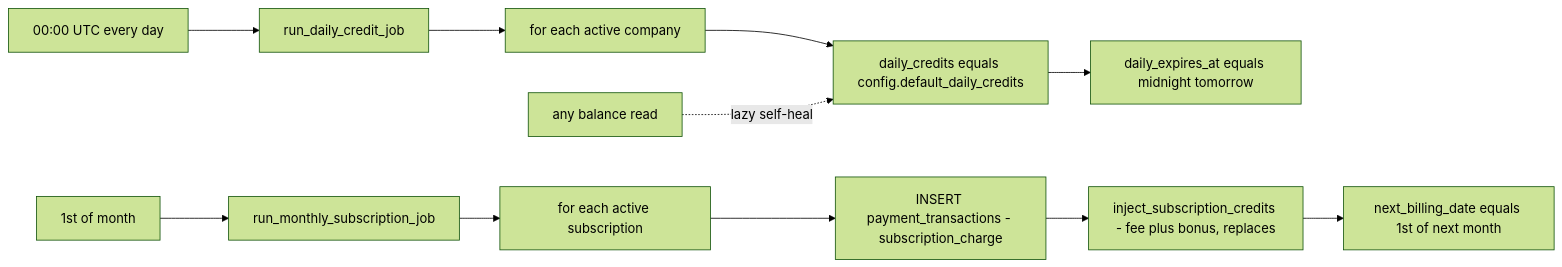
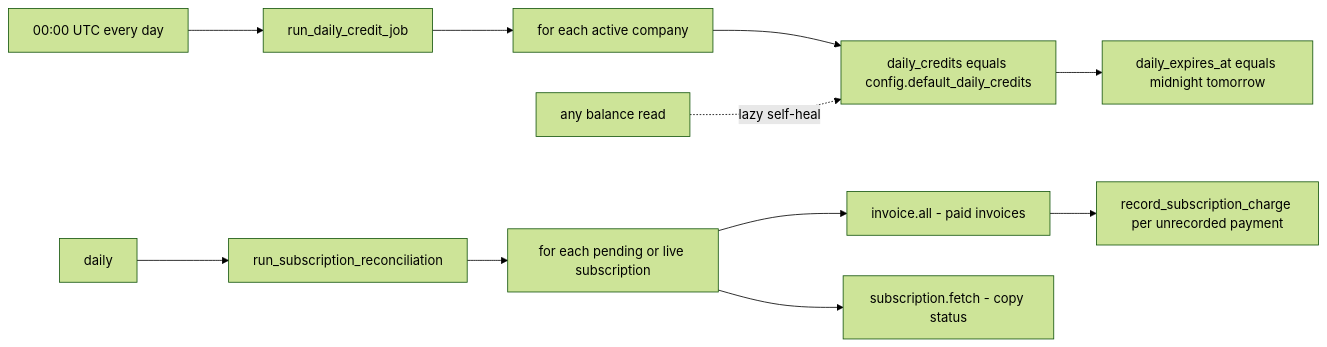
One commit to gondolerahul/hire-buddha-app changed diagram 21 of 25 in docs/current/14-billing-and-credits.md. Above: the diagram before and after it, drawn with Mermaid (forest theme). The commit also changed other lines of this file and 10 other files, not shown here.

````diff
--- a/docs/current/14-billing-and-credits.md
+++ b/docs/current/14-billing-and-credits.md
@@ -1149,15 +1194,15 @@
 ```mermaid
 flowchart LR
     T0["00:00 UTC every day"] --> D["run_daily_credit_job"]
     D --> D1["for each active company"]
     D1 --> D2["daily_credits equals config.default_daily_credits"]
     D2 --> D3["daily_expires_at equals midnight tomorrow"]
 
-    T1["1st of month"] --> M["run_monthly_subscription_job"]
-    M --> M1["for each active subscription"]
-    M1 --> M2["INSERT payment_transactions - subscription_charge"]
-    M2 --> M3["inject_subscription_credits - fee plus bonus, replaces"]
-    M3 --> M4["next_billing_date equals 1st of next month"]
+    T1["daily"] --> M["run_subscription_reconciliation"]
+    M --> M1["for each pending or live subscription"]
+    M1 --> M2["invoice.all - paid invoices"]
+    M2 --> M3["record_subscription_charge per unrecorded payment"]
+    M1 --> M4["subscription.fetch - copy status"]
 
     ANY["any balance read"] -.->|"lazy self-heal"| D2
 ```
````
